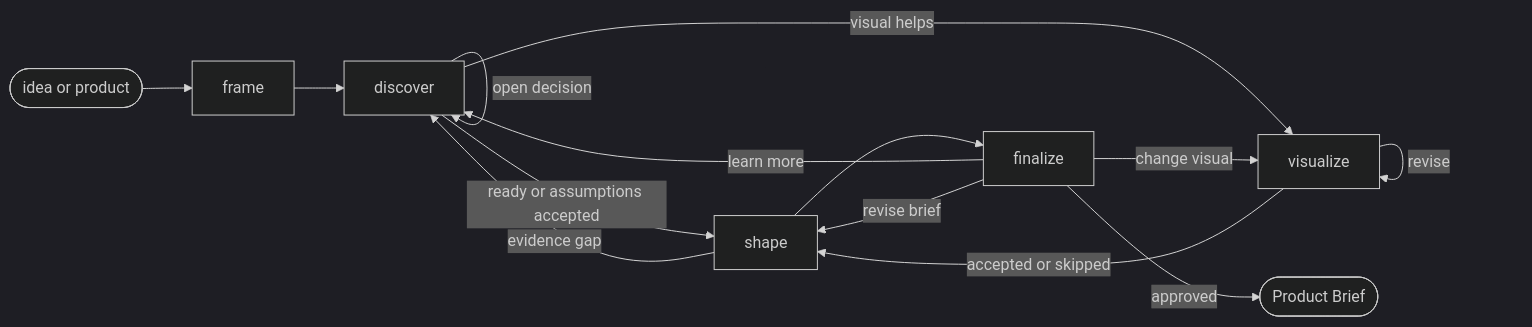
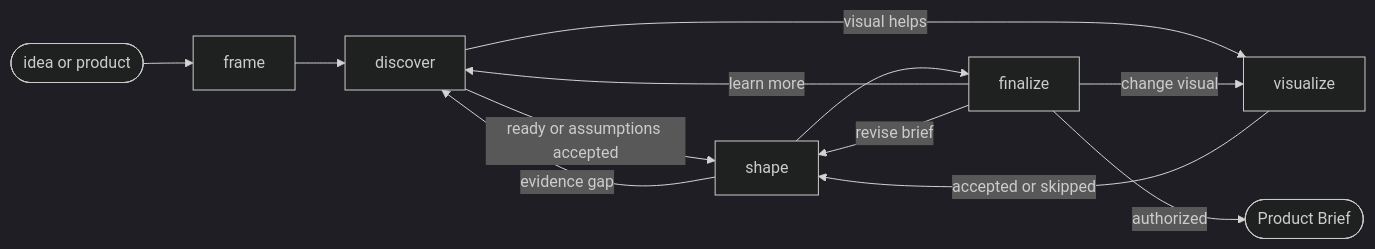
The diagram in plugins/aidd-pm/skills/06-product-brief/SKILL.md (ai-driven-dev/aidd-framework), drawn with Mermaid (dark theme) before and after one commit. The commit also changed other lines of this file and 133 other files, not shown here.

````diff
--- a/plugins/aidd-pm/skills/06-product-brief/SKILL.md
+++ b/plugins/aidd-pm/skills/06-product-brief/SKILL.md
@@ -9,16 +9,14 @@
 ```mermaid
 flowchart LR
-  start([idea or product]) --> frame
+  source([idea or product]) --> frame
   frame --> discover
-  discover -->|"open decision"| discover
   discover -->|"ready or assumptions accepted"| shape
   discover -->|"visual helps"| visualize
-  visualize -->|"revise"| visualize
   visualize -->|"accepted or skipped"| shape
   shape -->|"evidence gap"| discover
   shape --> finalize
   finalize -->|"learn more"| discover
   finalize -->|"change visual"| visualize
   finalize -->|"revise brief"| shape
-  finalize -->|"approved"| done([Product Brief])
+  finalize -->|"authorized"| done([Product Brief])
 ```
````
